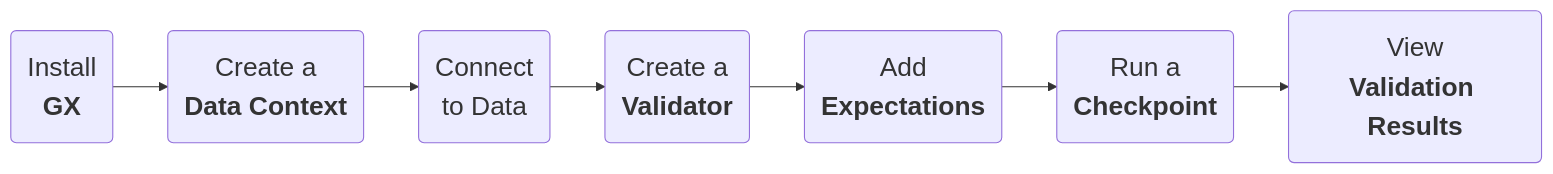
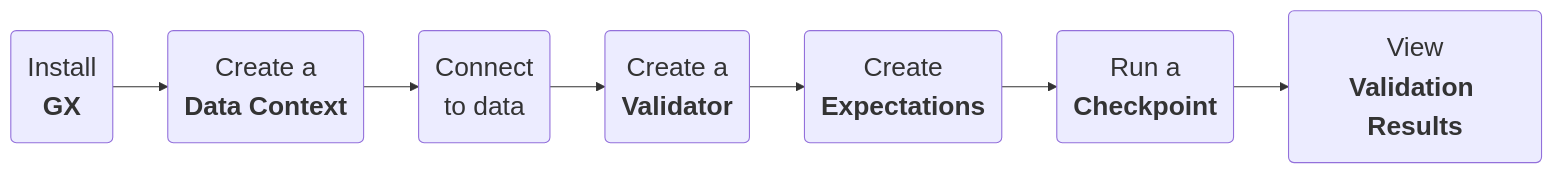
The diagram in docs/docusaurus/docs/tutorials/quickstart/quickstart.md (great-expectations/great_expectations), drawn with Mermaid before and after one commit. The commit also changed other lines of this file, not shown here.

Commit message:
address PR comments

````diff
--- a/docs/docusaurus/docs/tutorials/quickstart/quickstart.md
+++ b/docs/docusaurus/docs/tutorials/quickstart/quickstart.md
@@ -33,27 +33,27 @@
 ```mermaid
 flowchart LR
 %%{init: {"themeVariables": {"fontSize" : "24px"}}}%%
 
     Configure_A(Install\n<b>GX</b>):::gxWorkflowStep --> Configure_B("Create a\n<b>Data Context</b>"):::gxWorkflowStep
 
     Configure_B --> Connect_A
 
-    Connect_A("Connect\nto Data</b>"):::gxWorkflowStep
+    Connect_A("Connect\nto data</b>"):::gxWorkflowStep
 
     Connect_A --> Define_A
 
-    Define_A("Create a\n<b>Validator</b>"):::gxWorkflowStep --> Define_B("Add\n<b>Expectations</b>"):::gxWorkflowStep
+    Define_A("Create a\n<b>Validator</b>"):::gxWorkflowStep --> Define_B("Create\n<b>Expectations</b>"):::gxWorkflowStep
 
     Define_B --> Validate_A
 
     Validate_A("Run a\n<b>Checkpoint</b>"):::gxWorkflowStep --> Validate_B("View\n<b>Validation Results</b>"):::gxWorkflowStep
 
 %% Link each workflow step to underlying documentation.
 click Configure_A "https://docs.greatexpectations.io/docs/guides/setup/installation/install_gx"
 click Configure_B "https://docs.greatexpectations.io/docs/guides/setup/configuring_data_contexts/instantiating_data_contexts/instantiate_data_context/"
 click Connect_A "https://docs.greatexpectations.io/docs/guides/connecting_to_your_data/connect_to_data_lp"
 click Define_A "https://docs.greatexpectations.io/docs/terms/validator"
 click Define_B "https://docs.greatexpectations.io/docs/guides/expectations/expectations_lp"
 click Validate_A "https://docs.greatexpectations.io/docs/guides/validation/checkpoints/checkpoint_lp"
 click Validate_B "https://docs.greatexpectations.io/docs/terms/data_docs"
 ```
````
